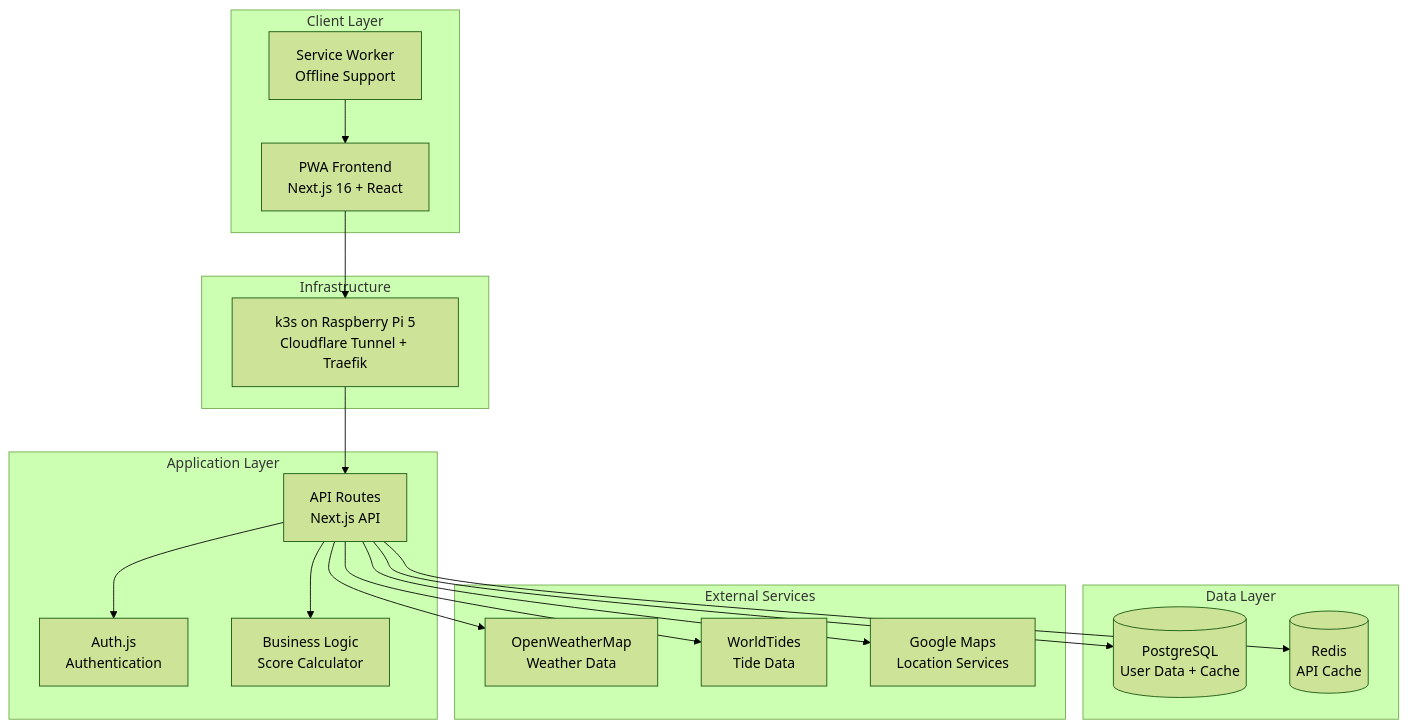
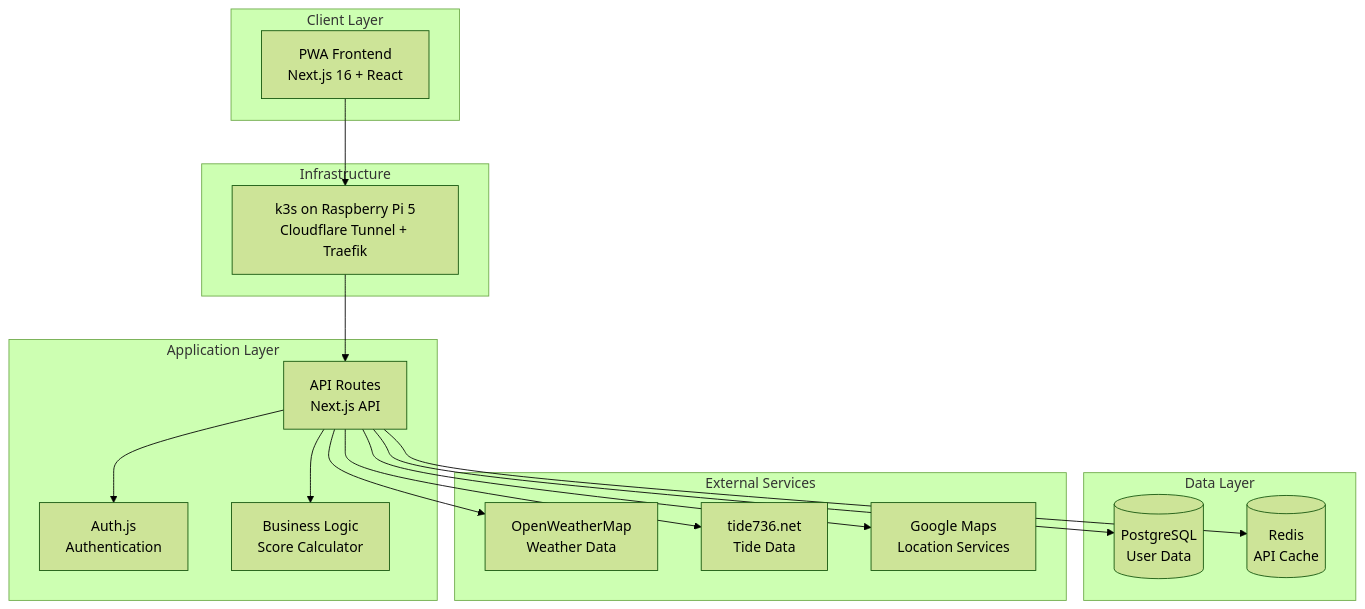
The first of 3 diagrams in docs/reference/architecture.md (kazumadev619-dev/FishingConditionsApp), drawn with Mermaid (forest theme) before and after one commit. The commit also changed other lines of this file and 6 other files, not shown here.

````diff
--- a/docs/reference/architecture.md
+++ b/docs/reference/architecture.md
@@ -9,39 +9,37 @@
 ```mermaid
 graph TB
     subgraph "Client Layer"
         PWA[PWA Frontend<br/>Next.js 16 + React]
-        SW[Service Worker<br/>Offline Support]
     end
 
     subgraph "Infrastructure"
         K8S[k3s on Raspberry Pi 5<br/>Cloudflare Tunnel + Traefik]
     end
 
     subgraph "Application Layer"
         API[API Routes<br/>Next.js API]
         Auth[Auth.js<br/>Authentication]
         BL[Business Logic<br/>Score Calculator]
     end
 
     subgraph "Data Layer"
-        DB[(PostgreSQL<br/>User Data + Cache)]
+        DB[(PostgreSQL<br/>User Data)]
         Redis[(Redis<br/>API Cache)]
     end
 
     subgraph "External Services"
         Weather[OpenWeatherMap<br/>Weather Data]
-        Tide[WorldTides<br/>Tide Data]
+        Tide[tide736.net<br/>Tide Data]
         Maps[Google Maps<br/>Location Services]
     end
 
     PWA --> K8S
     K8S --> API
     API --> Auth
     API --> BL
     API --> DB
     API --> Redis
     API --> Weather
     API --> Tide
     API --> Maps
-    SW --> PWA
 ```
````
